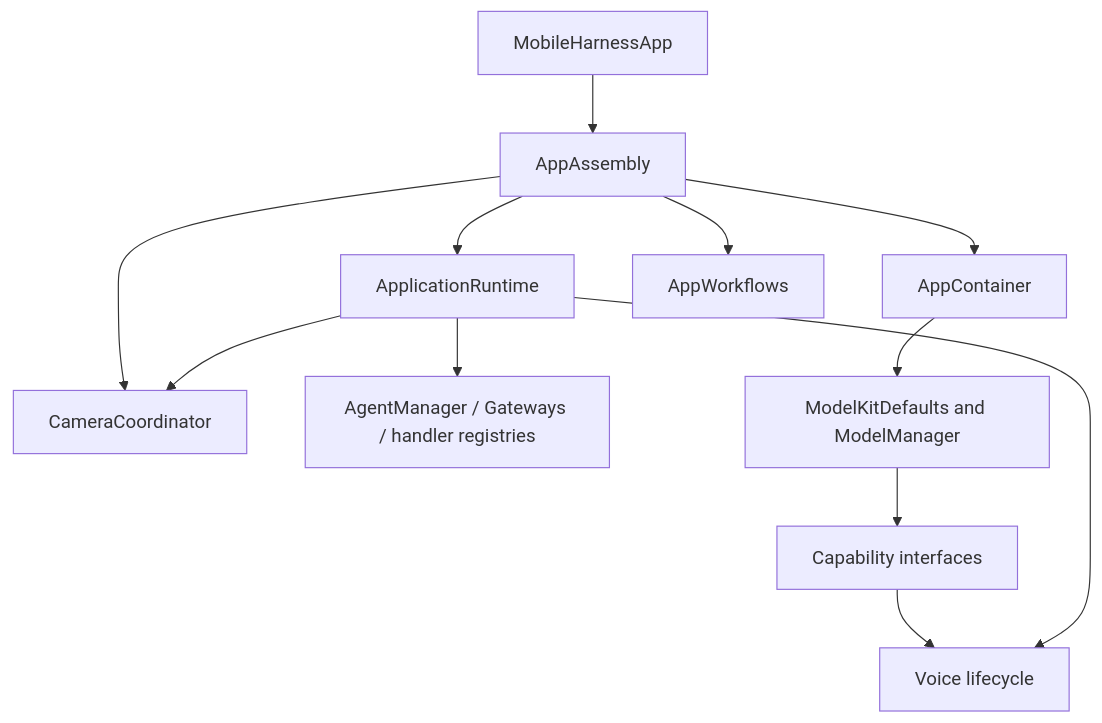
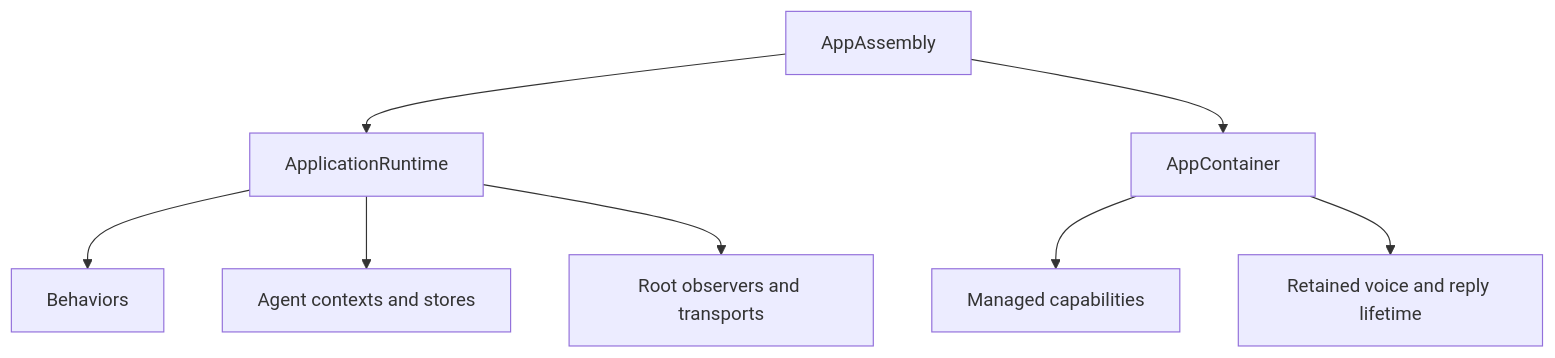
Before and after one commit to devilyouwei/MobileHarness: the second of 2 diagrams in MobileHarness/App/Composition/README.md, drawn with Mermaid. The commit also changed other lines of this file and 116 other files, not shown here.

````diff
--- a/MobileHarness/App/Composition/README.md
+++ b/MobileHarness/App/Composition/README.md
@@ -16,14 +29,10 @@
 ```mermaid
 flowchart TD
-    Host[MobileHarnessApp] --> Root[AppAssembly]
-    Root --> Runtime[ApplicationRuntime]
-    Root --> Container[AppContainer]
-    Root --> Camera[CameraCoordinator]
-    Root --> Workflows[AppWorkflows]
-    Runtime --> Gateways[AgentManager / Gateways / handler registries]
-    Container --> Defaults[ModelKitDefaults and ModelManager]
-    Defaults --> Handles[Capability interfaces]
-    Handles --> Voice[Voice lifecycle]
-    Runtime --> Voice
-    Runtime --> Camera
+ Assembly[AppAssembly] --> Runtime[ApplicationRuntime]
+ Assembly --> Container[AppContainer]
+ Runtime --> Bindings[Behaviors]
+ Runtime --> Repositories[Agent contexts and stores]
+ Runtime --> Observations[Root observers and transports]
+ Container --> Handles[Managed capabilities]
+ Container --> Interaction[Retained voice and reply lifetime]
 ```
````
